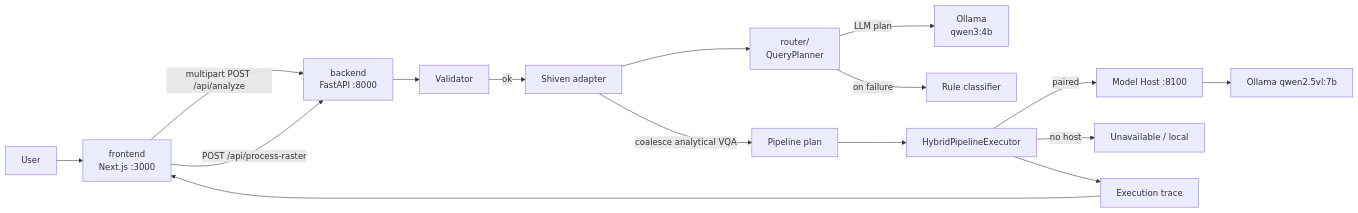
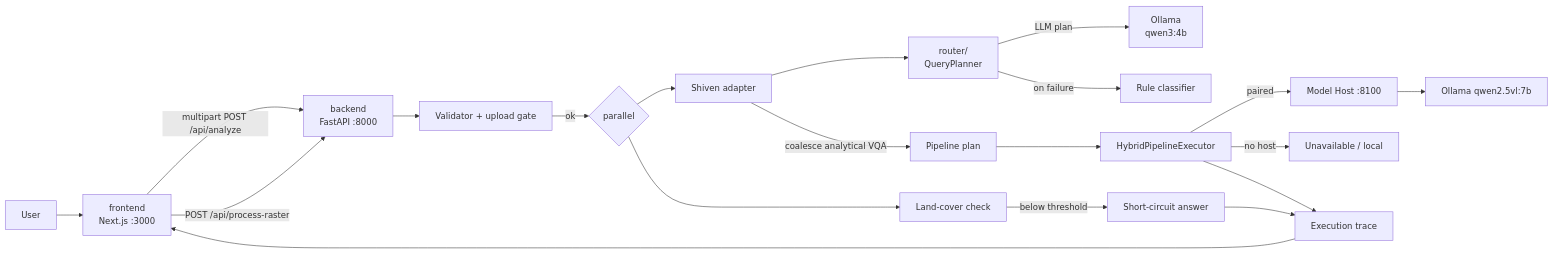
The first of 6 diagrams in docs/ARCHITECTURE.md (Krishu-24/SAT_Query), drawn with Mermaid before and after one commit. The commit also changed other lines of this file and 54 other files, not shown here.

````diff
--- a/docs/ARCHITECTURE.md
+++ b/docs/ARCHITECTURE.md
@@ -9,18 +11,22 @@
 ```mermaid
 flowchart LR
   U[User] --> FE[frontend<br/>Next.js :3000]
   FE -->|multipart POST /api/analyze| BE[backend<br/>FastAPI :8000]
   FE -->|POST /api/process-raster| BE
-  BE --> VAL[Validator]
-  VAL -->|ok| AD[Shiven adapter]
+  BE --> VAL[Validator + upload gate]
+  VAL -->|ok| SPLIT{parallel}
+  SPLIT --> LC[Land-cover check]
+  SPLIT --> AD[Shiven adapter]
   AD --> RT[router/<br/>QueryPlanner]
   RT -->|LLM plan| OL[Ollama<br/>qwen3:4b]
   RT -->|on failure| RB[Rule classifier]
   AD -->|coalesce analytical VQA| PIPE[Pipeline plan]
+  LC -->|below threshold| SHORT[Short-circuit answer]
   PIPE --> HY[HybridPipelineExecutor]
   HY -->|paired| NODE[Model Host :8100]
   NODE --> VL[Ollama qwen2.5vl:7b]
   HY -->|no host| UN[Unavailable / local]
   HY --> TRACE[Execution trace]
+  SHORT --> TRACE
   TRACE --> FE
 ```
````
